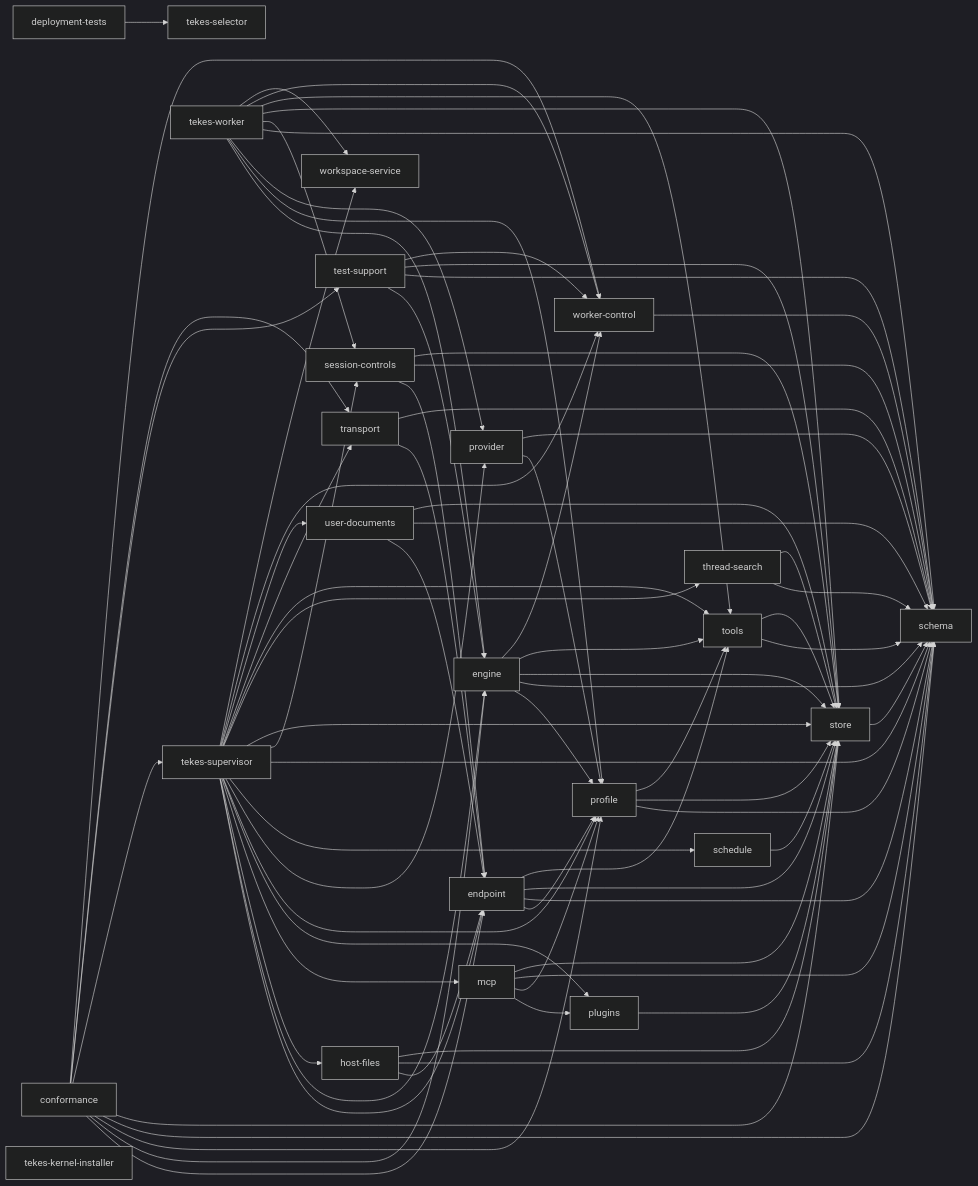
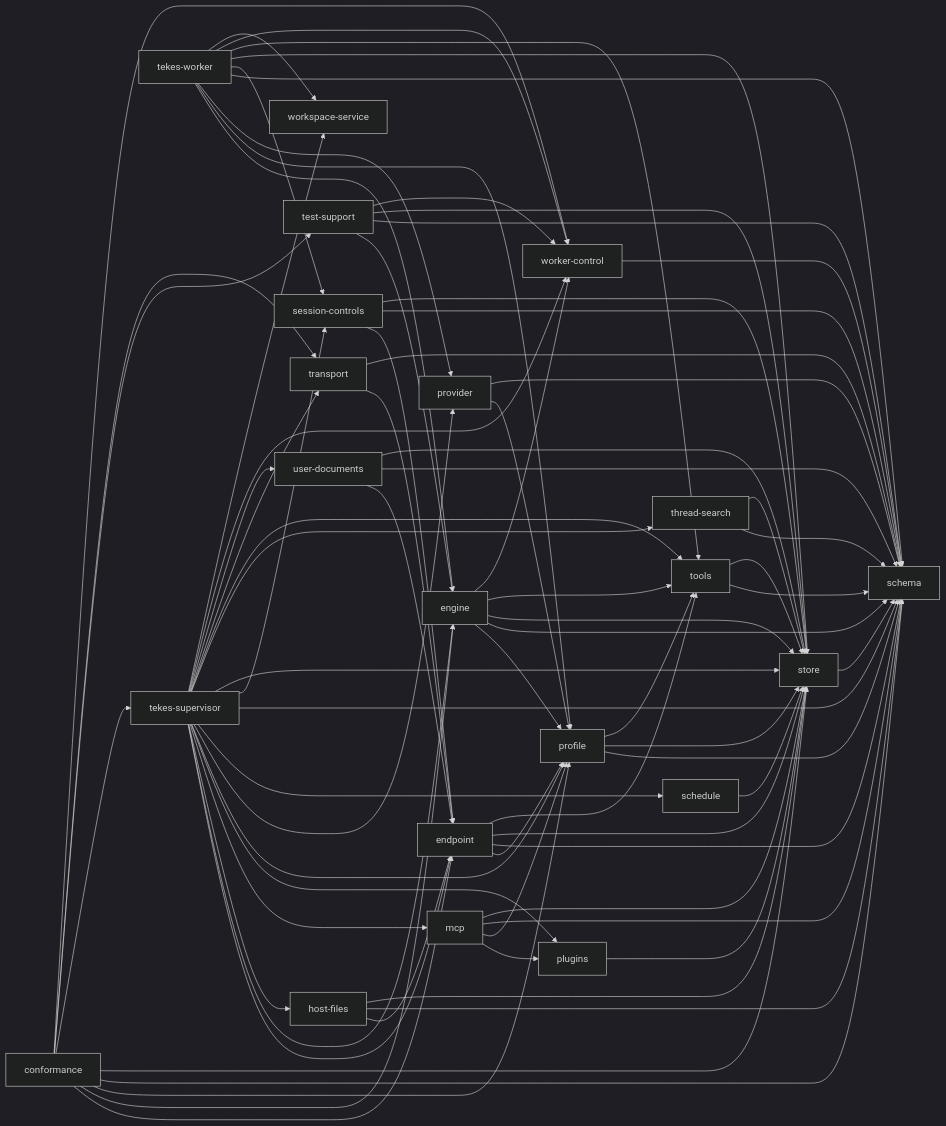
Before and after one commit to TekesApps/TekesKernel: the diagram in docs/architecture/generated/dependencies.mmd, drawn with Mermaid (dark theme). The commit also changed 205 other files, not shown here.

```diff
--- a/docs/architecture/generated/dependencies.mmd
+++ b/docs/architecture/generated/dependencies.mmd
@@ -1,102 +1,98 @@
 flowchart LR
   p0["conformance"]
-  p1["deployment-tests"]
-  p2["endpoint"]
-  p3["engine"]
-  p4["host-files"]
-  p5["mcp"]
-  p6["plugins"]
-  p7["profile"]
-  p8["provider"]
-  p9["schedule"]
-  p10["schema"]
-  p11["session-controls"]
-  p12["store"]
-  p13["tekes-kernel-installer"]
-  p14["tekes-selector"]
-  p15["tekes-supervisor"]
-  p16["tekes-worker"]
-  p17["test-support"]
-  p18["thread-search"]
-  p19["tools"]
-  p20["transport"]
-  p21["user-documents"]
-  p22["worker-control"]
-  p23["workspace-service"]
+  p1["endpoint"]
+  p2["engine"]
+  p3["host-files"]
+  p4["mcp"]
+  p5["plugins"]
+  p6["profile"]
+  p7["provider"]
+  p8["schedule"]
+  p9["schema"]
+  p10["session-controls"]
+  p11["store"]
+  p12["tekes-supervisor"]
+  p13["tekes-worker"]
+  p14["test-support"]
+  p15["thread-search"]
+  p16["tools"]
+  p17["transport"]
+  p18["user-documents"]
+  p19["worker-control"]
+  p20["workspace-service"]
+  p0 --> p1
   p0 --> p2
-  p0 --> p3
-  p0 --> p7
-  p0 --> p10
+  p0 --> p6
+  p0 --> p9
+  p0 --> p11
   p0 --> p12
-  p0 --> p15
+  p0 --> p14
   p0 --> p17
-  p0 --> p20
-  p0 --> p22
-  p1 --> p14
-  p2 --> p7
-  p2 --> p10
-  p2 --> p12
+  p0 --> p19
+  p1 --> p6
+  p1 --> p9
+  p1 --> p11
+  p1 --> p16
+  p2 --> p6
+  p2 --> p9
+  p2 --> p11
+  p2 --> p16
   p2 --> p19
-  p3 --> p7
-  p3 --> p10
-  p3 --> p12
-  p3 --> p19
-  p3 --> p22
-  p4 --> p2
-  p4 --> p10
-  p4 --> p12
-  p5 --> p6
-  p5 --> p7
-  p5 --> p10
-  p5 --> p12
-  p6 --> p12
-  p7 --> p10
-  p7 --> p12
-  p7 --> p19
-  p8 --> p7
-  p8 --> p10
-  p9 --> p12
-  p11 --> p2
-  p11 --> p10
-  p11 --> p12
+  p3 --> p1
+  p3 --> p9
+  p3 --> p11
+  p4 --> p5
+  p4 --> p6
+  p4 --> p9
+  p4 --> p11
+  p5 --> p11
+  p6 --> p9
+  p6 --> p11
+  p6 --> p16
+  p7 --> p6
+  p7 --> p9
+  p8 --> p11
+  p10 --> p1
+  p10 --> p9
+  p10 --> p11
+  p11 --> p9
+  p12 --> p1
+  p12 --> p2
+  p12 --> p3
+  p12 --> p4
+  p12 --> p5
+  p12 --> p6
+  p12 --> p7
+  p12 --> p8
+  p12 --> p9
   p12 --> p10
-  p15 --> p2
-  p15 --> p3
-  p15 --> p4
-  p15 --> p5
-  p15 --> p6
-  p15 --> p7
-  p15 --> p8
+  p12 --> p11
+  p12 --> p15
+  p12 --> p16
+  p12 --> p17
+  p12 --> p18
+  p12 --> p19
+  p12 --> p20
+  p13 --> p2
+  p13 --> p6
+  p13 --> p7
+  p13 --> p9
+  p13 --> p10
+  p13 --> p11
+  p13 --> p16
+  p13 --> p19
+  p13 --> p20
+  p14 --> p2
+  p14 --> p9
+  p14 --> p11
+  p14 --> p19
   p15 --> p9
-  p15 --> p10
   p15 --> p11
-  p15 --> p12
-  p15 --> p18
-  p15 --> p19
-  p15 --> p20
-  p15 --> p21
-  p15 --> p22
-  p15 --> p23
-  p16 --> p3
-  p16 --> p7
-  p16 --> p8
-  p16 --> p10
+  p16 --> p9
   p16 --> p11
-  p16 --> p12
-  p16 --> p19
-  p16 --> p22
-  p16 --> p23
-  p17 --> p3
-  p17 --> p10
-  p17 --> p12
-  p17 --> p22
-  p18 --> p10
-  p18 --> p12
-  p19 --> p10
-  p19 --> p12
-  p20 --> p2
-  p20 --> p10
-  p21 --> p2
-  p21 --> p10
-  p21 --> p12
-  p22 --> p10
+  p17 --> p1
+  p17 --> p9
+  p18 --> p1
+  p18 --> p9
+  p18 --> p11
+  p19 --> p9
```
